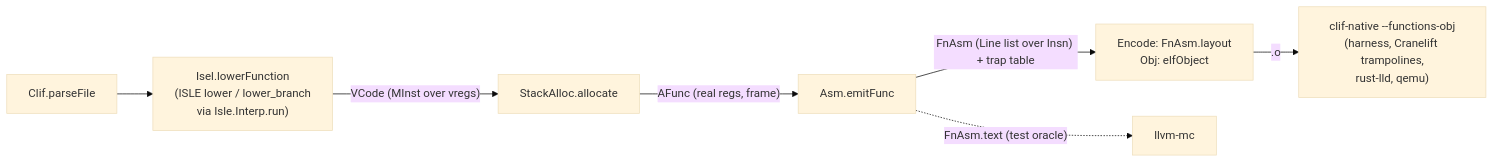
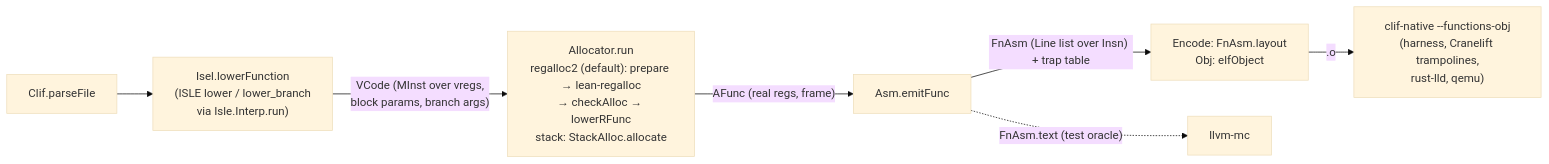
The diagram in docs/contracts/backend.md (eth-act/clifv), drawn with Mermaid (base theme) before and after one commit. The commit also changed other lines of this file, not shown here.

Commit message:
docs: backend.md pipeline/ABI/status for the regalloc2 allocator

````diff
--- a/docs/contracts/backend.md
+++ b/docs/contracts/backend.md
@@ -34,9 +39,9 @@
 ```mermaid
 flowchart LR
   A["Clif.parseFile"] --> B["Isel.lowerFunction<br/>(ISLE lower / lower_branch<br/>via Isle.Interp.run)"]
-  B -- "VCode (MInst over vregs)" --> C["StackAlloc.allocate"]
+  B -- "VCode (MInst over vregs,<br/>block params, branch args)" --> C["Allocator.run<br/>regalloc2 (default): prepare → lean-regalloc<br/>→ checkAlloc → lowerRFunc<br/>stack: StackAlloc.allocate"]
   C -- "AFunc (real regs, frame)" --> D["Asm.emitFunc"]
   D -- "FnAsm (Line list over Insn) + trap table" --> E["Encode: FnAsm.layout<br/>Obj: elfObject"]
   E -- ".o" --> F["clif-native --functions-obj<br/>(harness, Cranelift trampolines,<br/>rust-lld, qemu)"]
   D -. "FnAsm.text (test oracle)" .-> G["llvm-mc"]
 ```
````
